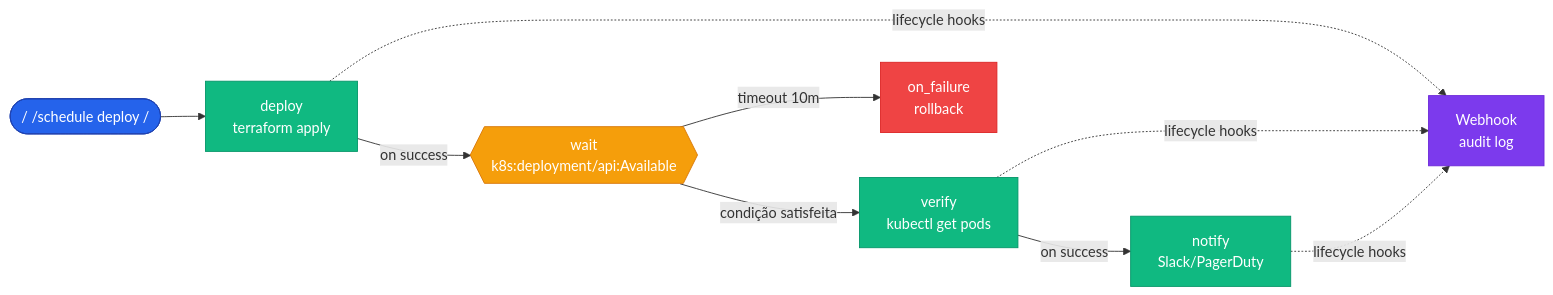
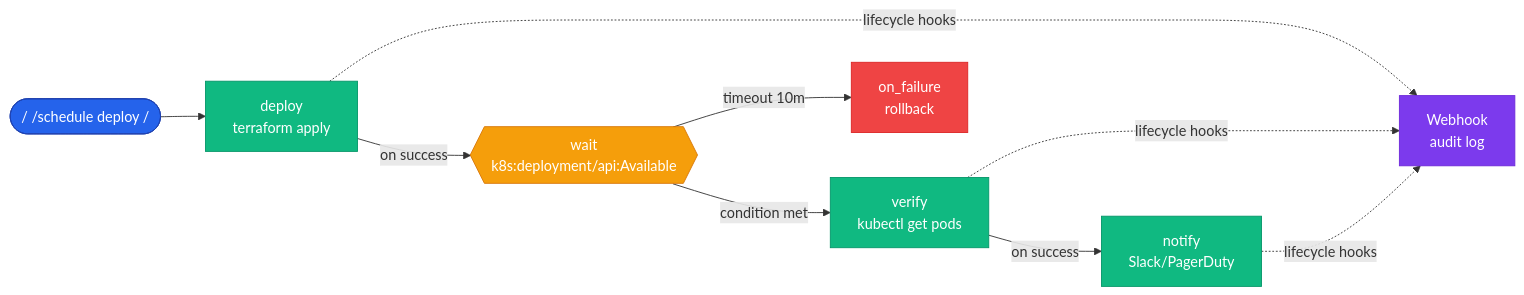
One commit to diillson/chatcli.ai changed the diagram in features/scheduler.mdx. Above: the diagram before and after it, drawn with Mermaid. The commit also changed other lines of this file and 500 other files, not shown here.

````diff
--- a/features/scheduler.mdx
+++ b/features/scheduler.mdx
@@ -28,23 +28,23 @@
 ```mermaid
 flowchart LR
   Start([/ /schedule deploy /]) --> J1[deploy<br/>terraform apply]
   J1 -->|on success| Wait{{wait<br/>k8s:deployment/api:Available}}
-  Wait -->|condição satisfeita| J2[verify<br/>kubectl get pods]
+  Wait -->|condition met| J2[verify<br/>kubectl get pods]
   Wait -->|timeout 10m| Fail[on_failure<br/>rollback]
   J2 -->|on success| J3[notify<br/>Slack/PagerDuty]
   J1 -.->|lifecycle hooks| Hook[Webhook<br/>audit log]
   J2 -.->|lifecycle hooks| Hook
   J3 -.->|lifecycle hooks| Hook
 
   classDef start fill:#2563EB,stroke:#1E40AF,color:#fff
   classDef job fill:#10B981,stroke:#059669,color:#fff
   classDef wait fill:#F59E0B,stroke:#D97706,color:#fff
   classDef fail fill:#EF4444,stroke:#DC2626,color:#fff
   classDef hook fill:#7C3AED,stroke:#6D28D9,color:#fff
 
   class Start start
   class J1,J2,J3 job
   class Wait wait
   class Fail fail
   class Hook hook
 ```
````
